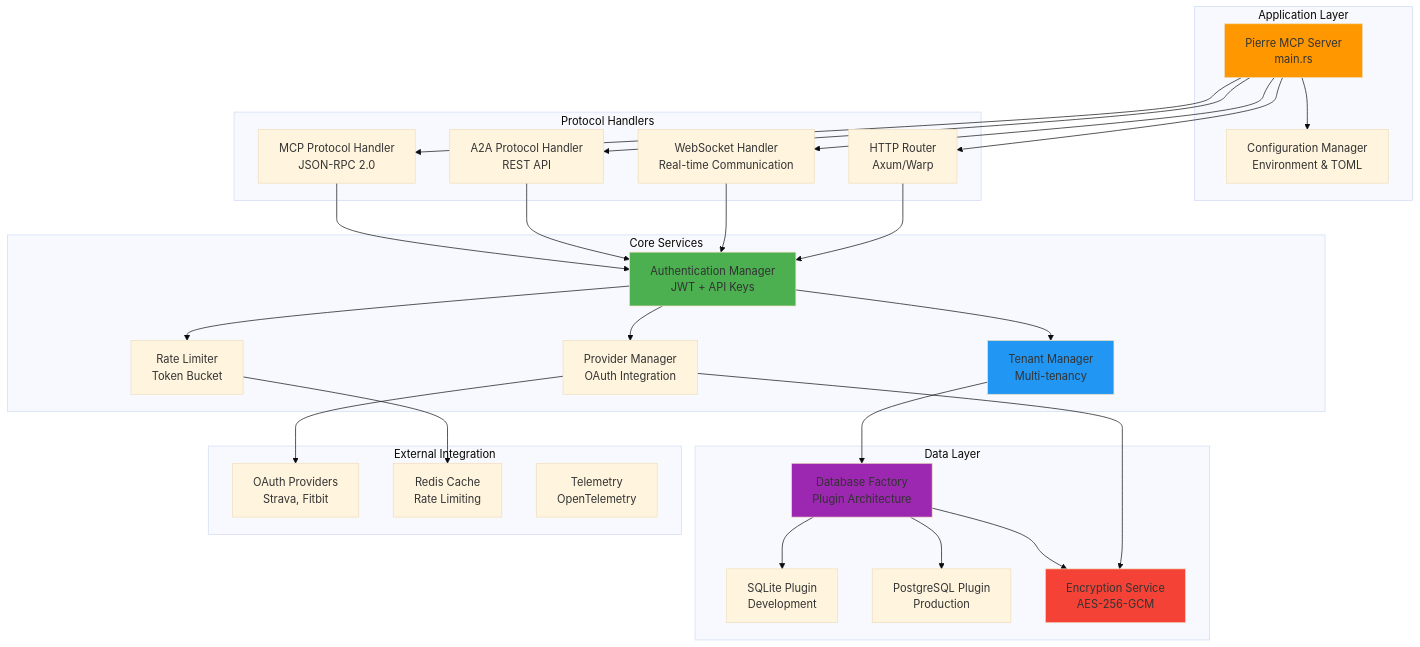
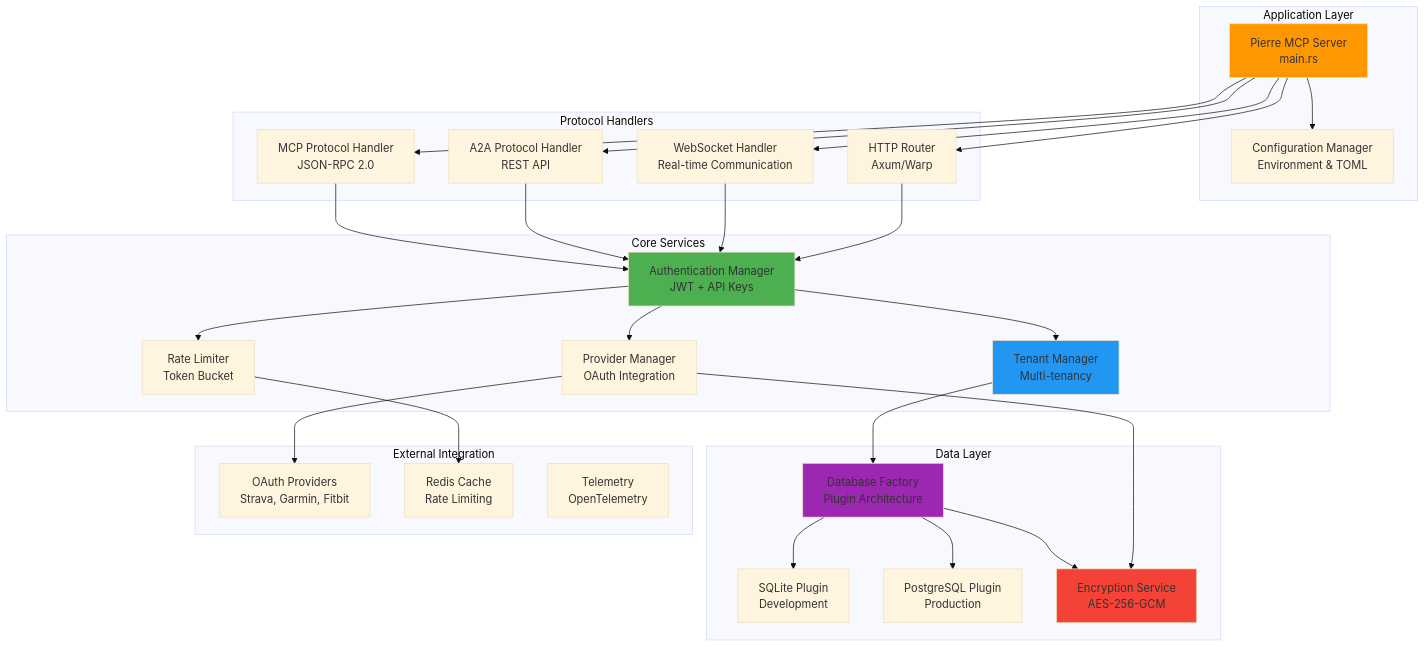
One commit to Async-IO/pierre_mcp_server changed the second of 8 diagrams in docs/developer-guide/11-architecture-diagrams.md. Above: the diagram before and after it, drawn with Mermaid (base theme). The commit also changed other lines of this file and 18 other files, not shown here.

````diff
--- a/docs/developer-guide/11-architecture-diagrams.md
+++ b/docs/developer-guide/11-architecture-diagrams.md
@@ -98,65 +98,65 @@
 ```mermaid
 graph TB
     subgraph "Application Layer"
         SERVER[Pierre MCP Server<br/>main.rs]
         CONFIG[Configuration Manager<br/>Environment & TOML]
     end
 
     subgraph "Protocol Handlers"
         MCP_HANDLER[MCP Protocol Handler<br/>JSON-RPC 2.0]
         A2A_HANDLER[A2A Protocol Handler<br/>REST API]
         WS_HANDLER[WebSocket Handler<br/>Real-time Communication]
         HTTP_HANDLER[HTTP Router<br/>Axum/Warp]
     end
 
     subgraph "Core Services"
         AUTH[Authentication Manager<br/>JWT + API Keys]
         TENANT[Tenant Manager<br/>Multi-tenancy]
         RATE[Rate Limiter<br/>Token Bucket]
         PROVIDER[Provider Manager<br/>OAuth Integration]
     end
 
     subgraph "Data Layer"
         DB_FACTORY[Database Factory<br/>Plugin Architecture]
         SQLITE[SQLite Plugin<br/>Development]
         POSTGRES[PostgreSQL Plugin<br/>Production]
         ENCRYPTION[Encryption Service<br/>AES-256-GCM]
     end
 
     subgraph "External Integration"
-        OAUTH[OAuth Providers<br/>Strava, Fitbit]
+        OAUTH[OAuth Providers<br/>Strava, Garmin, Fitbit]
         CACHE[Redis Cache<br/>Rate Limiting]
         METRICS[Telemetry<br/>OpenTelemetry]
     end
 
     SERVER --> MCP_HANDLER
     SERVER --> A2A_HANDLER
     SERVER --> WS_HANDLER
     SERVER --> HTTP_HANDLER
     SERVER --> CONFIG
 
     MCP_HANDLER --> AUTH
     A2A_HANDLER --> AUTH
     WS_HANDLER --> AUTH
     HTTP_HANDLER --> AUTH
 
     AUTH --> TENANT
     AUTH --> RATE
     AUTH --> PROVIDER
 
     TENANT --> DB_FACTORY
     RATE --> CACHE
     PROVIDER --> OAUTH
 
     DB_FACTORY --> SQLITE
     DB_FACTORY --> POSTGRES
     DB_FACTORY --> ENCRYPTION
 
     PROVIDER --> ENCRYPTION
 
     style SERVER fill:#ff9800
     style AUTH fill:#4caf50
     style TENANT fill:#2196f3
     style DB_FACTORY fill:#9c27b0
     style ENCRYPTION fill:#f44336
 ```
````
